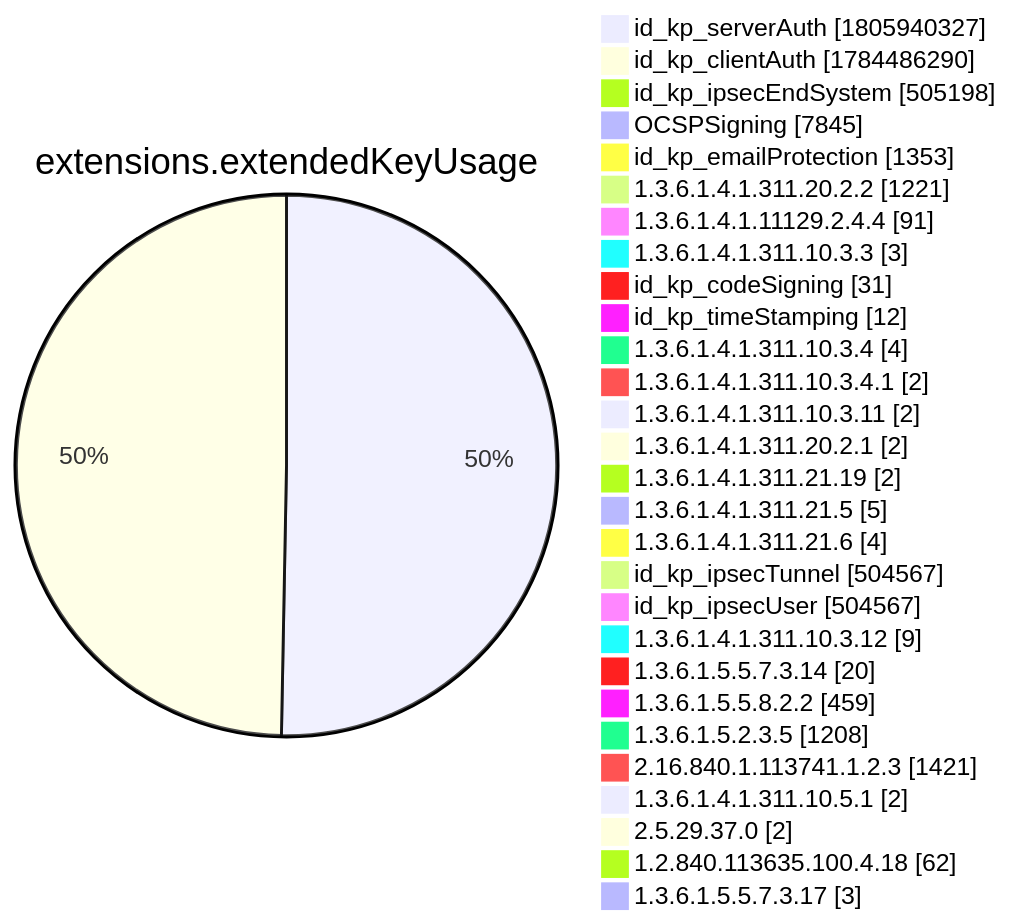
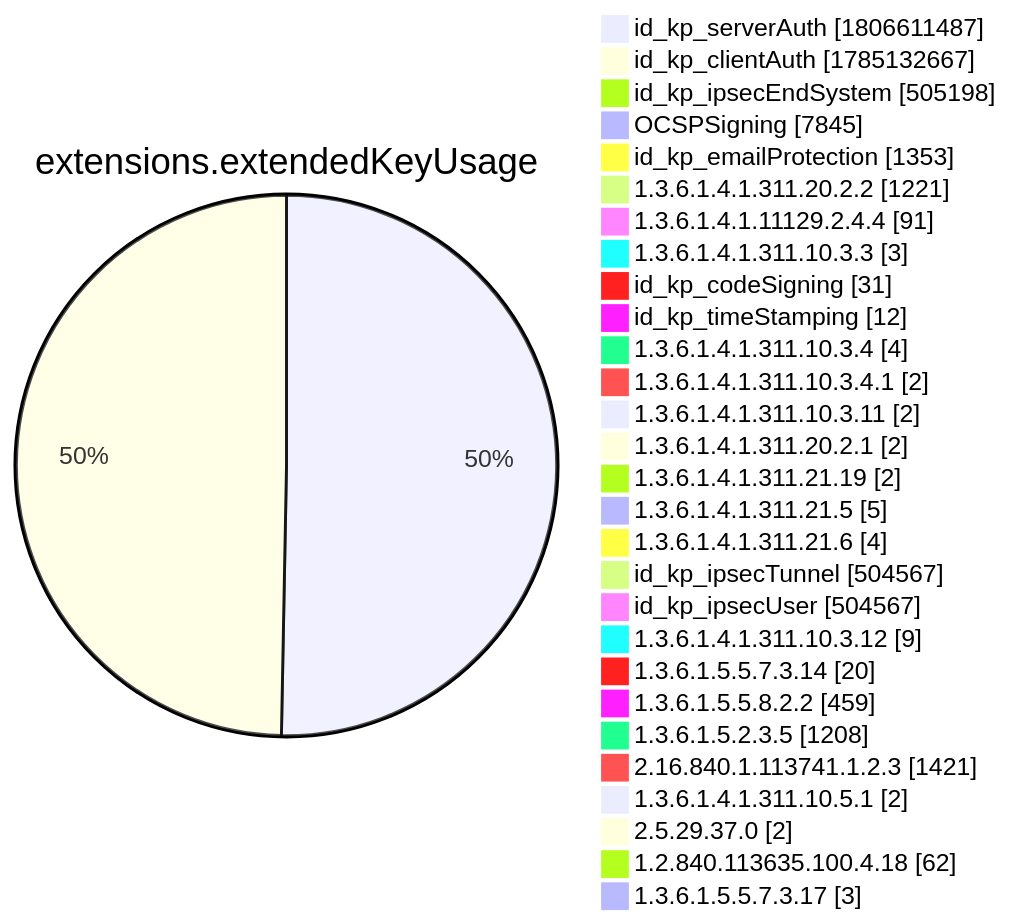
Diagram 12 of 15 in xenon2022/README.md (christiankrug/ctmonitor_visualization), drawn with Mermaid before and after one commit. The commit also changed other lines of this file, not shown here.

````diff
--- a/xenon2022/README.md
+++ b/xenon2022/README.md
@@ -3895,32 +3895,32 @@
 ```mermaid
 pie showData
 title extensions.extendedKeyUsage
-"id_kp_serverAuth" :1805940327
-"id_kp_clientAuth" :1784486290
+"id_kp_serverAuth" :1806611487
+"id_kp_clientAuth" :1785132667
 "id_kp_ipsecEndSystem" :505198
 "OCSPSigning" :7845
 "id_kp_emailProtection" :1353
 "1.3.6.1.4.1.311.20.2.2" :1221
 "1.3.6.1.4.1.11129.2.4.4" :91
 "1.3.6.1.4.1.311.10.3.3" :3
 "id_kp_codeSigning" :31
 "id_kp_timeStamping" :12
 "1.3.6.1.4.1.311.10.3.4" :4
 "1.3.6.1.4.1.311.10.3.4.1" :2
 "1.3.6.1.4.1.311.10.3.11" :2
 "1.3.6.1.4.1.311.20.2.1" :2
 "1.3.6.1.4.1.311.21.19" :2
 "1.3.6.1.4.1.311.21.5" :5
 "1.3.6.1.4.1.311.21.6" :4
 "id_kp_ipsecTunnel" :504567
 "id_kp_ipsecUser" :504567
 "1.3.6.1.4.1.311.10.3.12" :9
 "1.3.6.1.5.5.7.3.14" :20
 "1.3.6.1.5.5.8.2.2" :459
 "1.3.6.1.5.2.3.5" :1208
 "2.16.840.1.113741.1.2.3" :1421
 "1.3.6.1.4.1.311.10.5.1" :2
 "2.5.29.37.0" :2
 "1.2.840.113635.100.4.18" :62
 "1.3.6.1.5.5.7.3.17" :3
 ```
````
